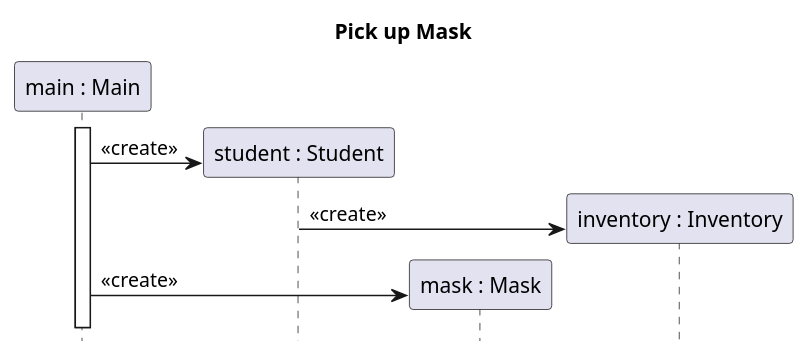
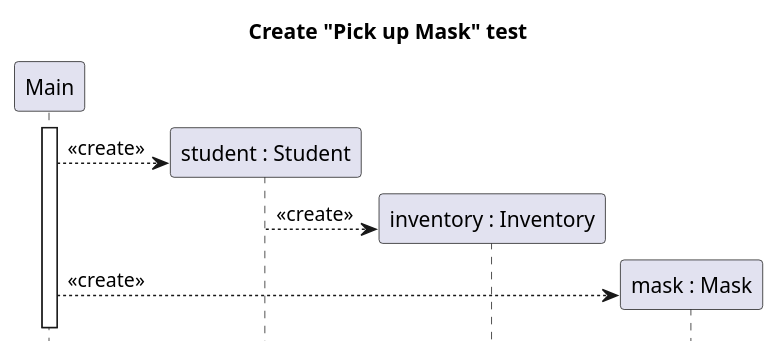
One commit to sn4k3ch4rm3r/logarlec changed the diagram in docs/diagrams/test-create-sequence/student-pickup-mask-create.puml. Above: the diagram before and after it, drawn with PlantUML. The commit also changed 20 other files, not shown here.

Commit message:
Fixed initializer sequences

```diff
--- a/docs/diagrams/test-create-sequence/student-pickup-mask-create.puml
+++ b/docs/diagrams/test-create-sequence/student-pickup-mask-create.puml
@@ -1,20 +1,20 @@
 @startuml student-pickup-mask-create
 
-title Pick up Mask
+title Create "Pick up Mask" test
 hide footbox
 
-participant "main : Main" as main
+participant "Main" as main
 participant "student : Student" as stu
+participant "inventory : Inventory" as inv
 participant "mask : Mask" as mask
-participant "inventory : Inventory" as inv
 
 main++
 create stu
-main-> stu  : <<create>>
+main --> stu  : <<create>>
 create inv
-stu -> inv : <<create>>
+stu --> inv : <<create>>
 create mask
-main -> mask : <<create>>
+main --> mask : <<create>>
 
 
 @enduml
```
